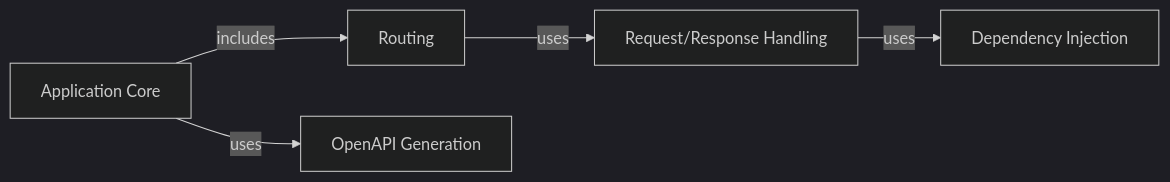
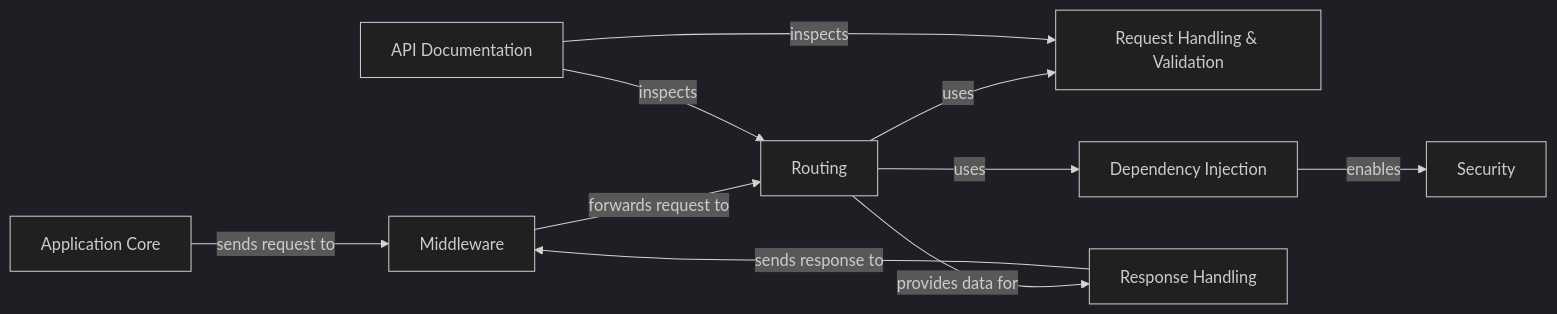
Before and after one commit to CodeBoarding/GeneratedOnBoardings: the diagram in fastapi/on_boarding.md, drawn with Mermaid (dark theme). The commit also changed other lines of this file and 9 other files, not shown here.

````diff
--- a/fastapi/on_boarding.md
+++ b/fastapi/on_boarding.md
@@ -1,17 +1,27 @@
 ```mermaid
 graph LR
     Application_Core["Application Core"]
+    Middleware["Middleware"]
     Routing["Routing"]
-    Request_Response_Handling["Request/Response Handling"]
+    Request_Handling_Validation["Request Handling & Validation"]
     Dependency_Injection["Dependency Injection"]
-    OpenAPI_Generation["OpenAPI Generation"]
-    Application_Core -- "includes" --> Routing
-    Application_Core -- "uses" --> OpenAPI_Generation
-    Routing -- "uses" --> Request_Response_Handling
-    Request_Response_Handling -- "uses" --> Dependency_Injection
+    Security["Security"]
+    Response_Handling["Response Handling"]
+    API_Documentation["API Documentation"]
+    Application_Core -- "sends request to" --> Middleware
+    Middleware -- "forwards request to" --> Routing
+    Routing -- "uses" --> Request_Handling_Validation
+    Routing -- "uses" --> Dependency_Injection
+    Routing -- "provides data for" --> Response_Handling
+    Dependency_Injection -- "enables" --> Security
+    Response_Handling -- "sends response to" --> Middleware
+    API_Documentation -- "inspects" --> Routing
+    API_Documentation -- "inspects" --> Request_Handling_Validation
     click Application_Core href "https://github.com/CodeBoarding/GeneratedOnBoardings/blob/main/fastapi/Application_Core.md" "Details"
+    click Middleware href "https://github.com/CodeBoarding/GeneratedOnBoardings/blob/main/fastapi/Middleware.md" "Details"
     click Routing href "https://github.com/CodeBoarding/GeneratedOnBoardings/blob/main/fastapi/Routing.md" "Details"
-    click Request_Response_Handling href "https://github.com/CodeBoarding/GeneratedOnBoardings/blob/main/fastapi/Request_Response_Handling.md" "Details"
+    click Request_Handling_Validation href "https://github.com/CodeBoarding/GeneratedOnBoardings/blob/main/fastapi/Request_Handling_Validation.md" "Details"
     click Dependency_Injection href "https://github.com/CodeBoarding/GeneratedOnBoardings/blob/main/fastapi/Dependency_Injection.md" "Details"
-    click OpenAPI_Generation href "https://github.com/CodeBoarding/GeneratedOnBoardings/blob/main/fastapi/OpenAPI_Generation.md" "Details"
+    click Security href "https://github.com/CodeBoarding/GeneratedOnBoardings/blob/main/fastapi/Security.md" "Details"
+    click API_Documentation href "https://github.com/CodeBoarding/GeneratedOnBoardings/blob/main/fastapi/API_Documentation.md" "Details"
 ```
````
